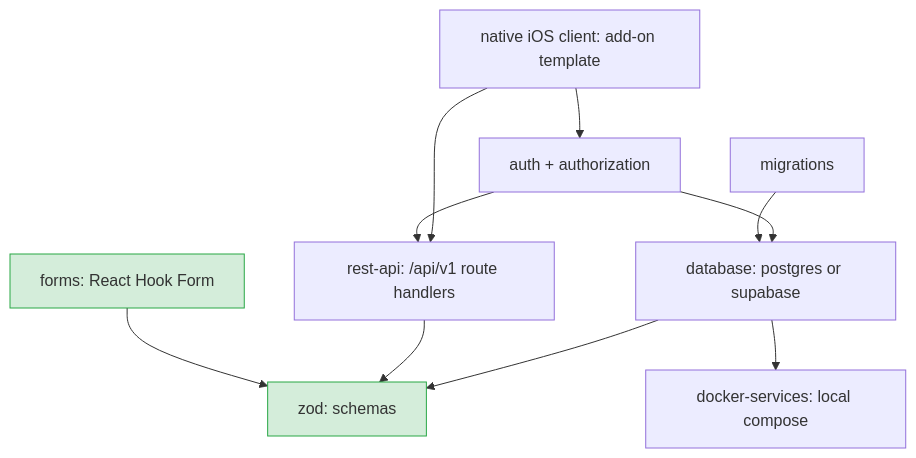
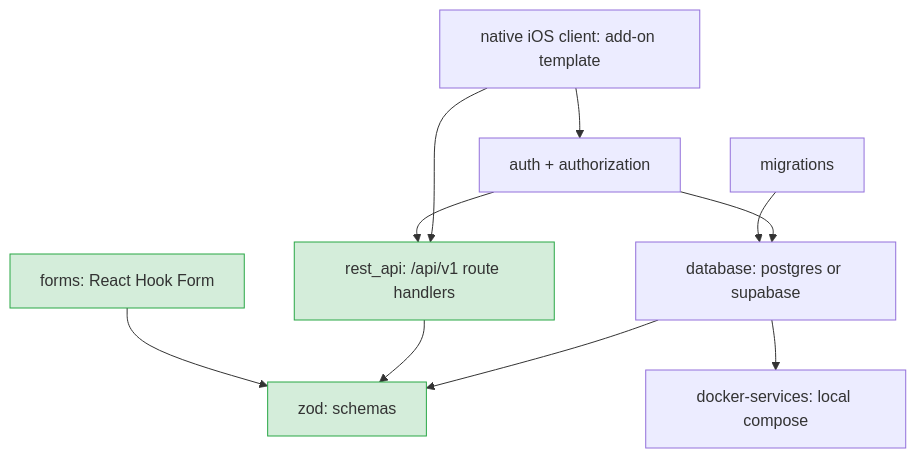
The diagram in docs/full-stack-plan.md (audiophreak/developer-platform), drawn with Mermaid before and after one commit. The commit also changed other lines of this file and 19 other files, not shown here.

First line of the commit message:
feat: rest_api option and template range >=0.1.0,<0.5.0 (devkit 0.5.0)

````diff
--- a/docs/full-stack-plan.md
+++ b/docs/full-stack-plan.md
@@ -9,21 +9,21 @@
 ```mermaid
 graph TD
   zod[zod: schemas]:::done
   forms[forms: React Hook Form]:::done
-  api[rest-api: /api/v1 route handlers]
+  api[rest_api: /api/v1 route handlers]:::done
   docker[docker-services: local compose]
   db[database: postgres or supabase]
   mig[migrations]
   auth[auth + authorization]
   ios[native iOS client: add-on template]
   forms --> zod
   api --> zod
   db --> docker
   db --> zod
   mig --> db
   auth --> db
   auth --> api
   ios --> api
   ios --> auth
   classDef done fill:#d4edda,stroke:#28a745
 ```
````
